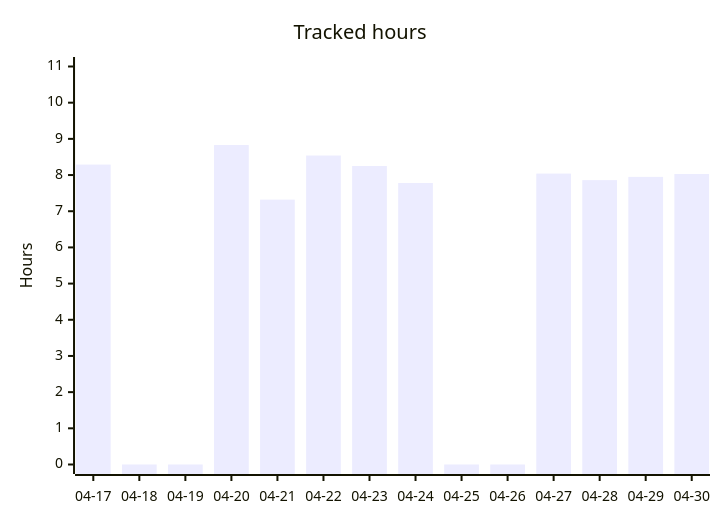
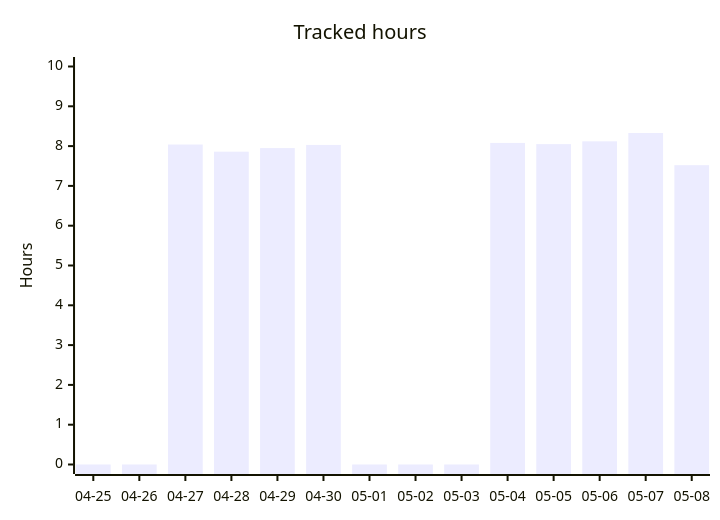
Before and after one commit to albinforsberg-netizen/timeclock: the third of 5 diagrams in README.md, drawn with Mermaid. The commit also changed other lines of this file, not shown here.

````diff
--- a/README.md
+++ b/README.md
@@ -33,7 +33,7 @@
 ```mermaid
 xychart-beta
     title "Tracked hours"
-    x-axis ["04-17", "04-18", "04-19", "04-20", "04-21", "04-22", "04-23", "04-24", "04-25", "04-26", "04-27", "04-28", "04-29", "04-30"]
-    y-axis "Hours" 0 --> 11
-    bar [8.29, 0.00, 0.00, 8.83, 7.32, 8.54, 8.25, 7.78, 0.00, 0.00, 8.04, 7.86, 7.95, 8.03]
+    x-axis ["04-25", "04-26", "04-27", "04-28", "04-29", "04-30", "05-01", "05-02", "05-03", "05-04", "05-05", "05-06", "05-07", "05-08"]
+    y-axis "Hours" 0 --> 10
+    bar [0.00, 0.00, 8.04, 7.86, 7.95, 8.03, 0.00, 0.00, 0.00, 8.08, 8.05, 8.12, 8.33, 7.52]
 ```
````
